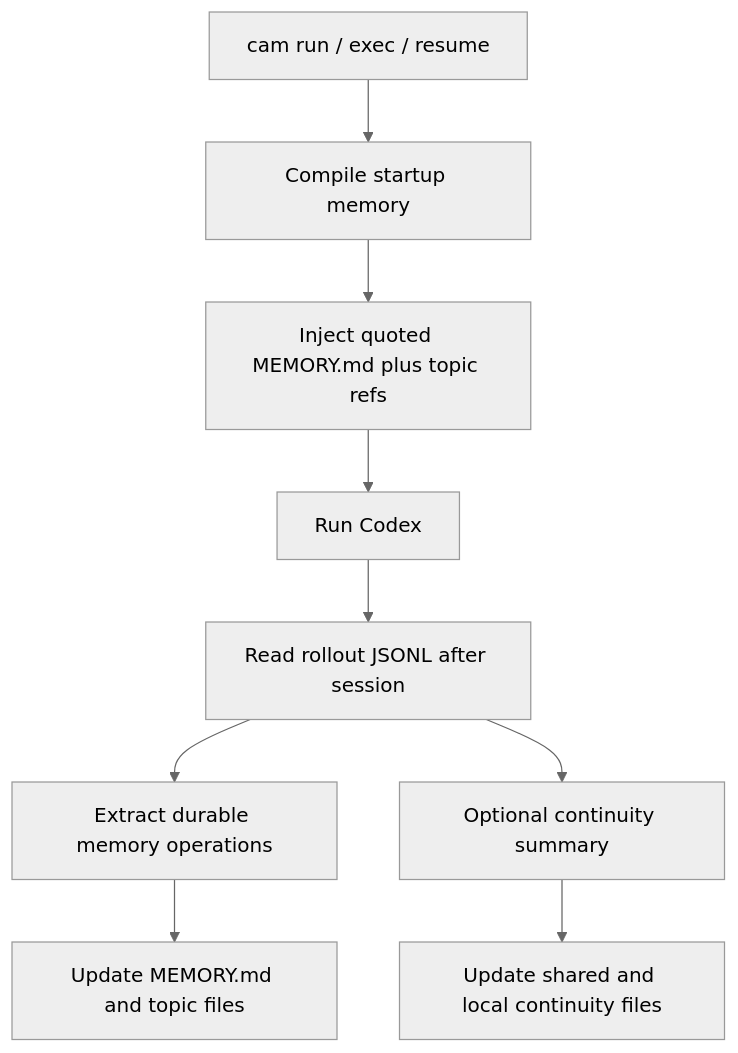
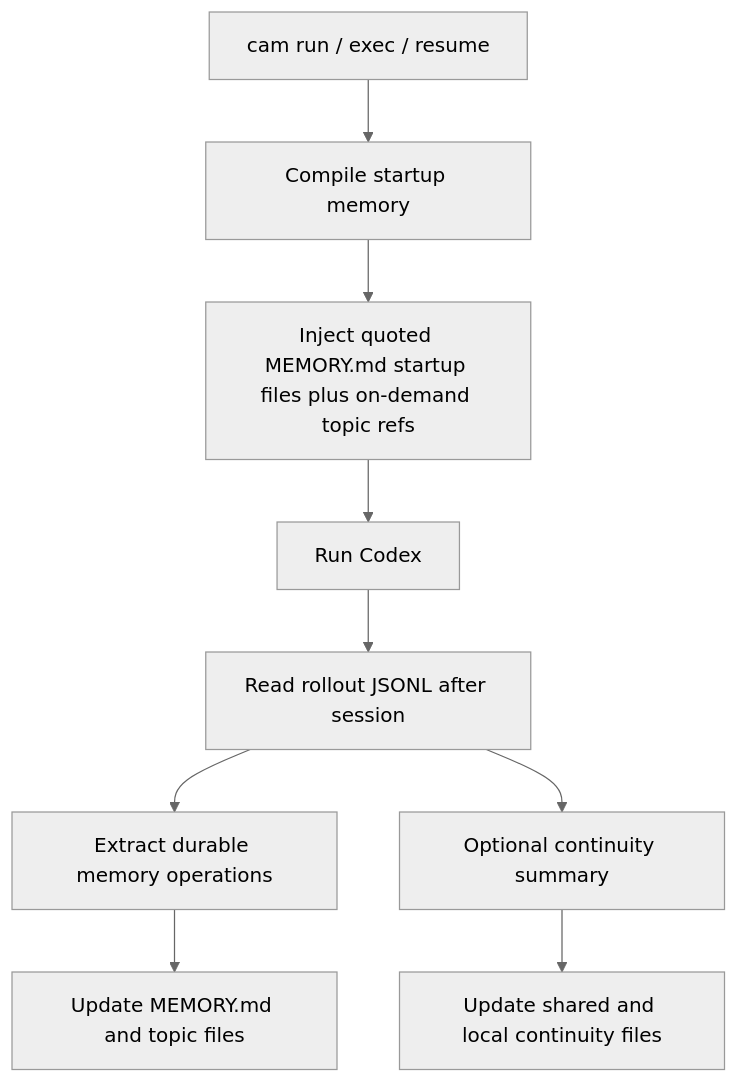
One commit to Boulea7/Codex-Auto-Memory changed the diagram in docs/architecture.en.md. Above: the diagram before and after it, drawn with Mermaid (neutral theme). The commit also changed other lines of this file and 29 other files, not shown here.

````diff
--- a/docs/architecture.en.md
+++ b/docs/architecture.en.md
@@ -28,11 +28,11 @@
 ```mermaid
 flowchart TD
     A[cam run / exec / resume] --> B[Compile startup memory]
-    B --> C[Inject quoted MEMORY.md plus topic refs]
+    B --> C[Inject quoted MEMORY.md startup files plus on-demand topic refs]
     C --> D[Run Codex]
     D --> E[Read rollout JSONL after session]
     E --> F[Extract durable memory operations]
     E --> G[Optional continuity summary]
     F --> H[Update MEMORY.md and topic files]
     G --> I[Update shared and local continuity files]
 ```
````
